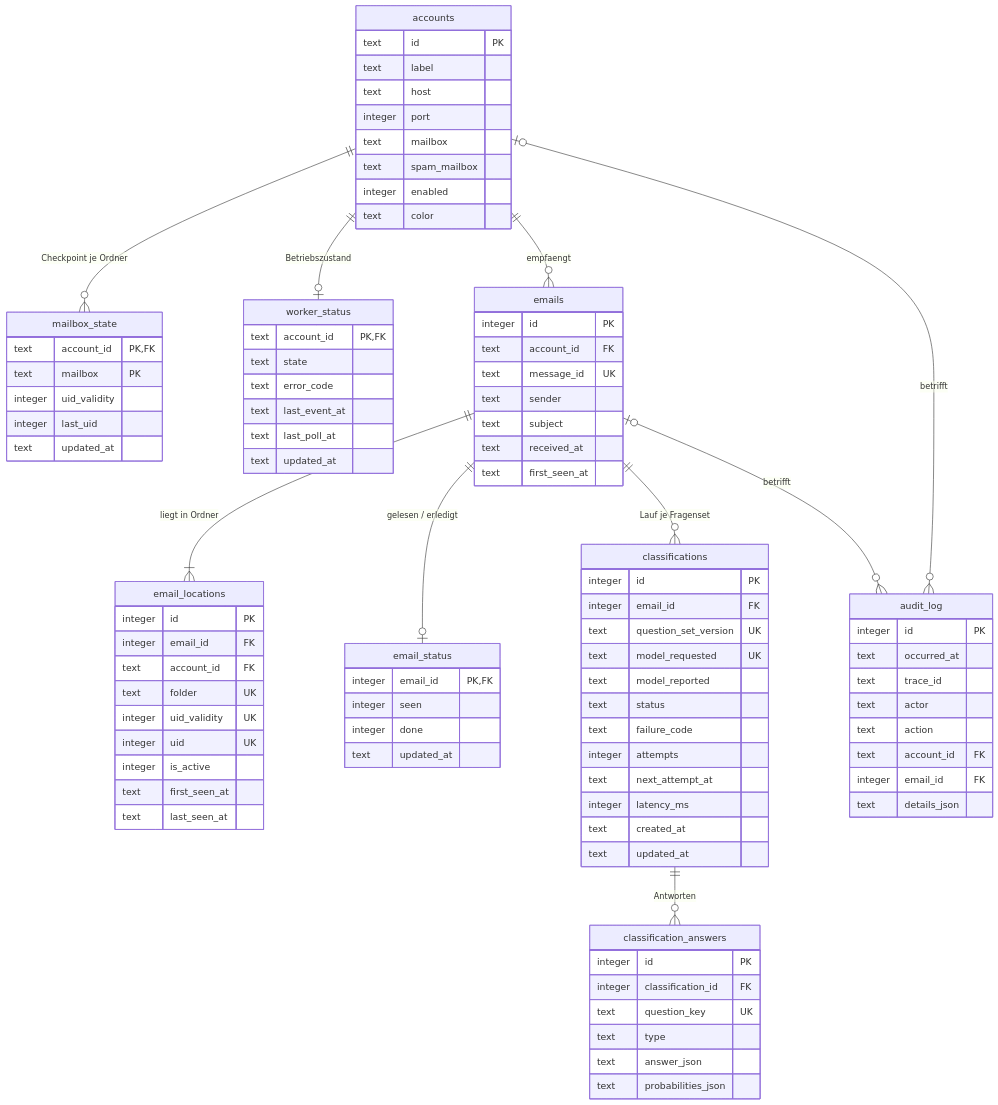
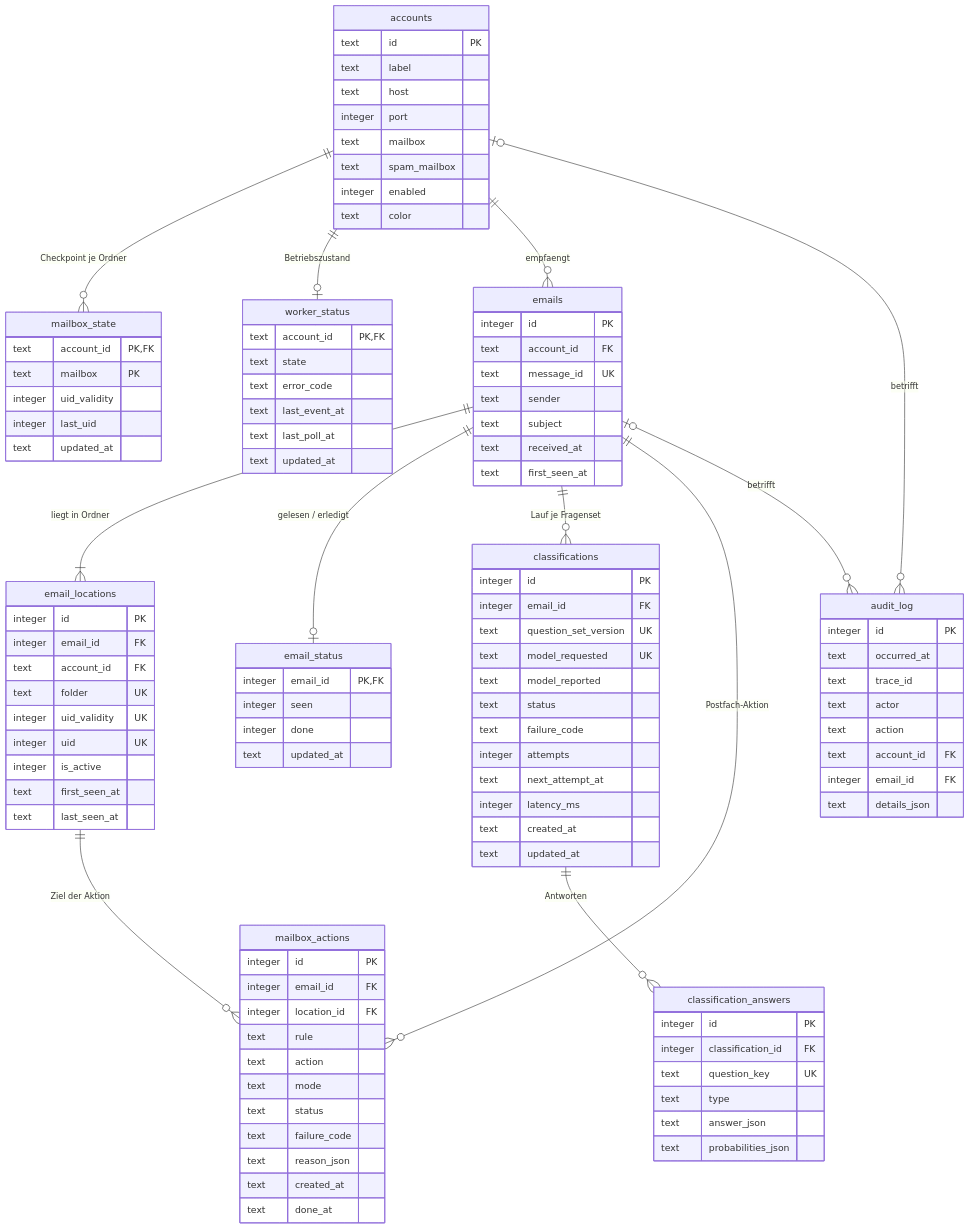
Before and after one commit to nico-hoff/email-agent: the diagram in docs/erd.md, drawn with Mermaid. The commit also changed other lines of this file and 3 other files, not shown here.

First line of the commit message:
phase 17: mailbox actions schema

```diff
--- a/docs/erd.md
+++ b/docs/erd.md
@@ -12,6 +12,8 @@
   emails ||--|{ email_locations : "liegt in Ordner"
   emails ||--o| email_status : "gelesen / erledigt"
   emails ||--o{ classifications : "Lauf je Fragenset"
+  emails ||--o{ mailbox_actions : "Postfach-Aktion"
+  email_locations ||--o{ mailbox_actions : "Ziel der Aktion"
   classifications ||--o{ classification_answers : Antworten
   accounts |o--o{ audit_log : betrifft
   emails |o--o{ audit_log : betrifft
@@ -89,6 +91,19 @@
     text answer_json
     text probabilities_json
   }
+  mailbox_actions {
+    integer id PK
+    integer email_id FK
+    integer location_id FK
+    text rule
+    text action
+    text mode
+    text status
+    text failure_code
+    text reason_json
+    text created_at
+    text done_at
+  }
   audit_log {
     integer id PK
     text occurred_at
```
